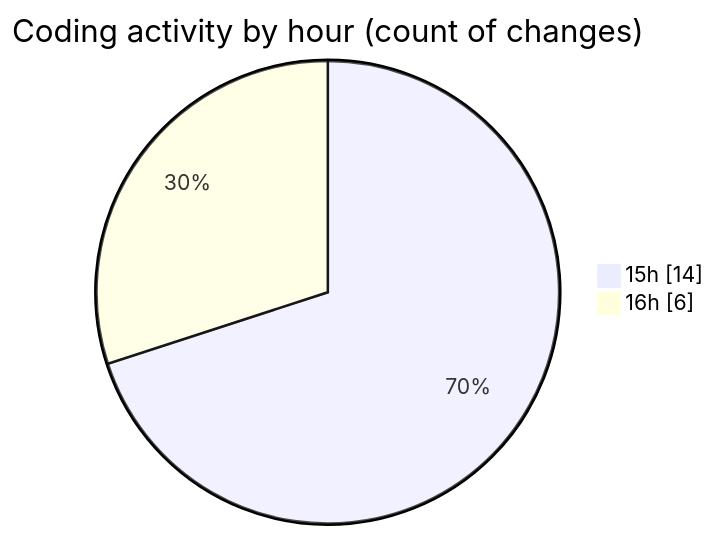
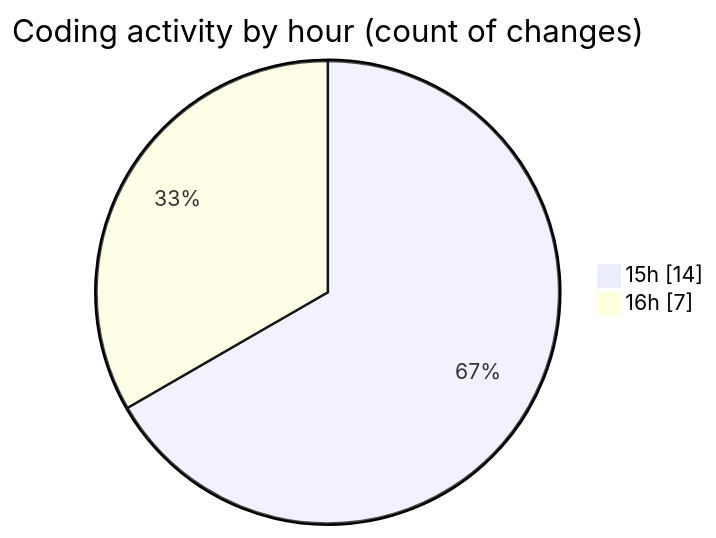
One commit to nxtqubesakshisongat/code-tracking changed the second of 2 diagrams in 2026-03-23/nxtqube_webapp/README.md. Above: the diagram before and after it, drawn with Mermaid. The commit also changed other lines of this file and 1 other file, not shown here.

````diff
--- a/2026-03-23/nxtqube_webapp/README.md
+++ b/2026-03-23/nxtqube_webapp/README.md
@@ -32,6 +32,6 @@
 ```mermaid
 pie showData
 title Coding activity by hour (count of changes)
 "15h" : 14
-"16h" : 6
+"16h" : 7
 ```
````
